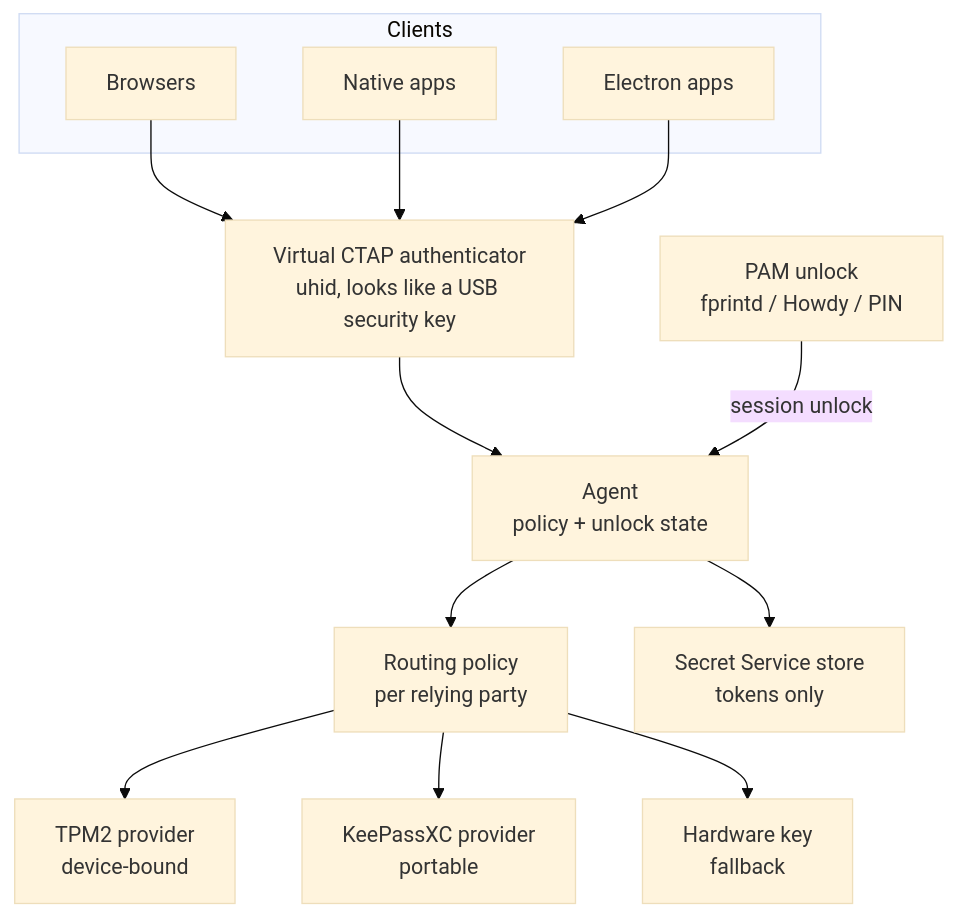
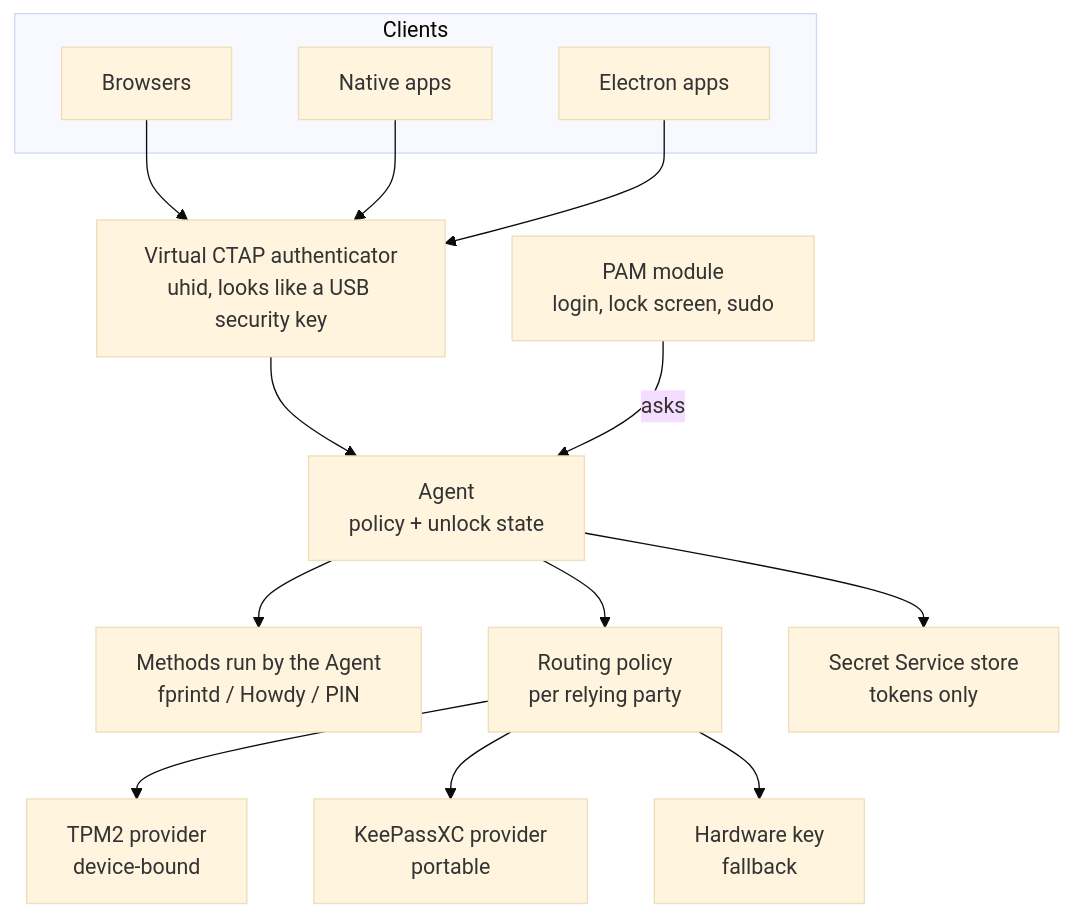
Before and after one commit to LinuxHello/architecture: the diagram in arc42/04-solution-strategy.md, drawn with Mermaid (base theme). The commit also changed other lines of this file and 12 other files, not shown here.

````diff
--- a/arc42/04-solution-strategy.md
+++ b/arc42/04-solution-strategy.md
@@ -29,26 +29,28 @@
 ```mermaid
 flowchart TB
   subgraph Clients
     B[Browsers]
     N[Native apps]
     E[Electron apps]
   end
   P[Virtual CTAP authenticator<br/>uhid, looks like a USB security key]
   BR[Agent<br/>policy + unlock state]
-  U[PAM unlock<br/>fprintd / Howdy / PIN]
+  U[PAM module<br/>login, lock screen, sudo]
+  M[Methods run by the Agent<br/>fprintd / Howdy / PIN]
   R[Routing policy<br/>per relying party]
   T[TPM2 provider<br/>device-bound]
   K[KeePassXC provider<br/>portable]
   H[Hardware key<br/>fallback]
   SS[Secret Service store<br/>tokens only]
   B --> P
   N --> P
   E --> P
   P --> BR
-  U -->|session unlock| BR
+  U -->|asks| BR
+  BR --> M
   BR --> R
   R --> T
   R --> K
   R --> H
   BR --> SS
 ```
````
